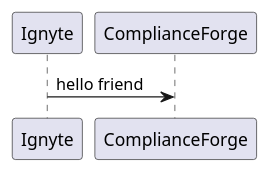
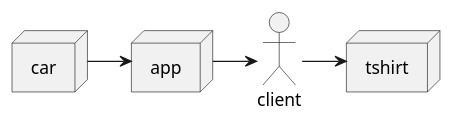
One commit to Ignyte-Assurance-Platform/UML changed the diagram in ignyteforge.iuml. Above: the diagram before and after it, drawn with PlantUML.

```diff
--- a/ignyteforge.iuml
+++ b/ignyteforge.iuml
@@ -1,3 +1,10 @@
 @startuml
-Ignyte -> ComplianceForge  : hello friend
+actor client
+node app
+node car
+node tshirt
+
+car -> app
+app -> client
+client -> tshirt
 @enduml
```
